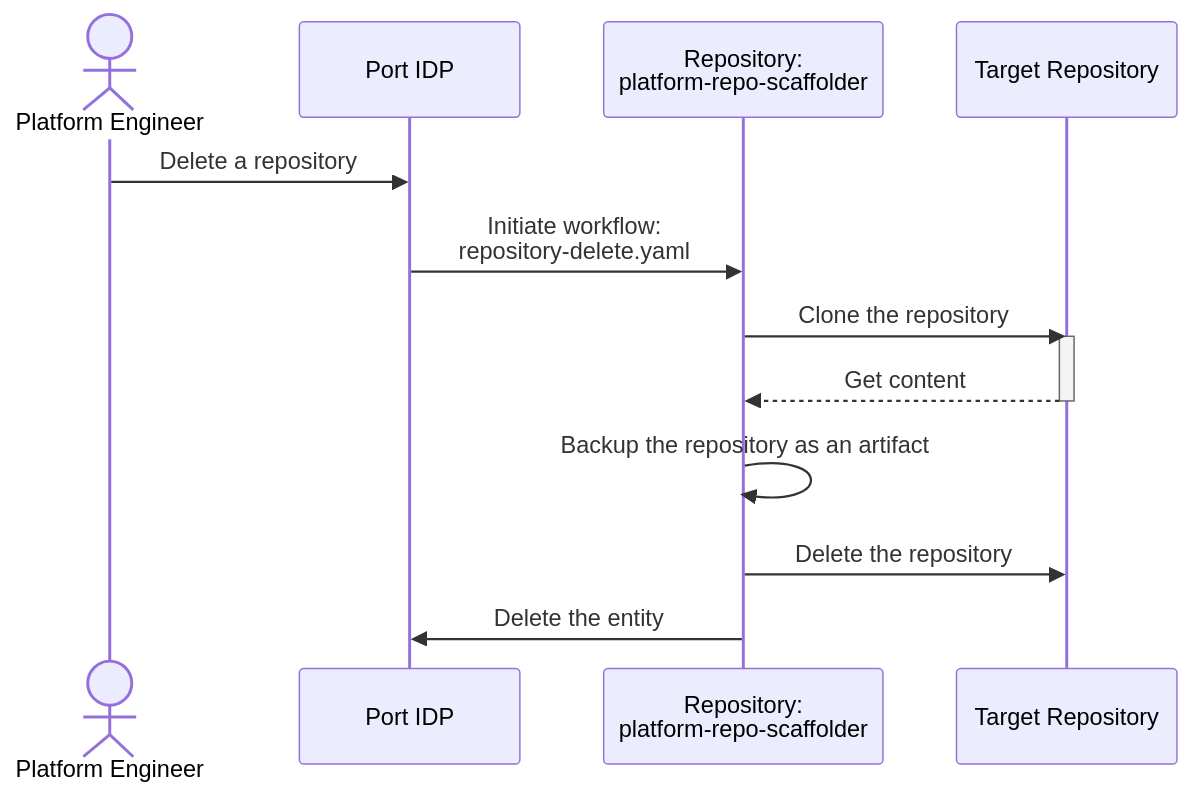
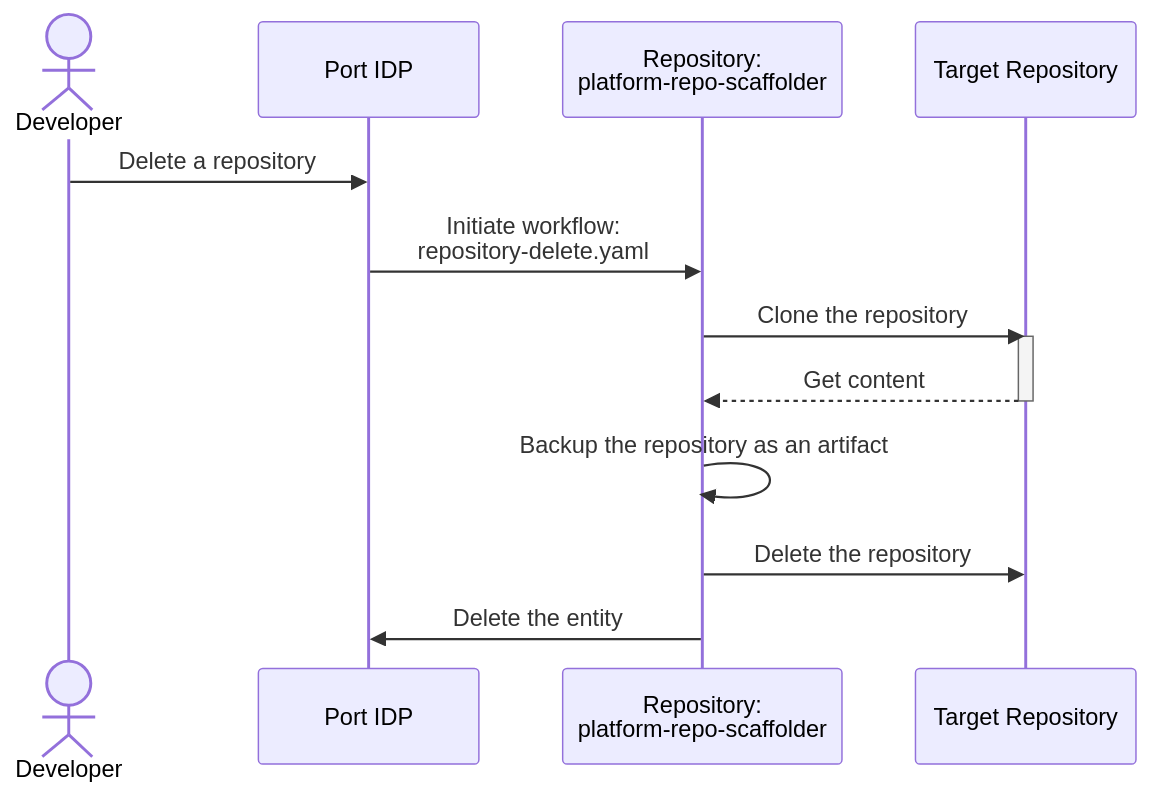
One commit to PashmakGuru/platform-repo-scaffolder changed the second of 2 diagrams in README.md. Above: the diagram before and after it, drawn with Mermaid. The commit also changed other lines of this file, not shown here.

Commit message:
Change actor

````diff
--- a/README.md
+++ b/README.md
@@ -25,17 +25,17 @@
 ```mermaid
 sequenceDiagram
-    actor PLE as Platform Engineer
+    actor DEV as Developer
     participant PRT as Port IDP
     participant RRS as Repository:<br>platform-repo-scaffolder
     participant RTG as Target Repository
 
-    PLE ->> PRT: Delete a repository
+    DEV ->> PRT: Delete a repository
     PRT ->> RRS: Initiate workflow:<br>repository-delete.yaml
     RRS ->> RTG: Clone the repository
     activate RTG
     RTG -->>RRS: Get content
     deactivate RTG
     RRS ->> RRS: Backup the repository as an artifact
     RRS ->> RTG: Delete the repository
     RRS ->> PRT: Delete the entity
 ```
````
